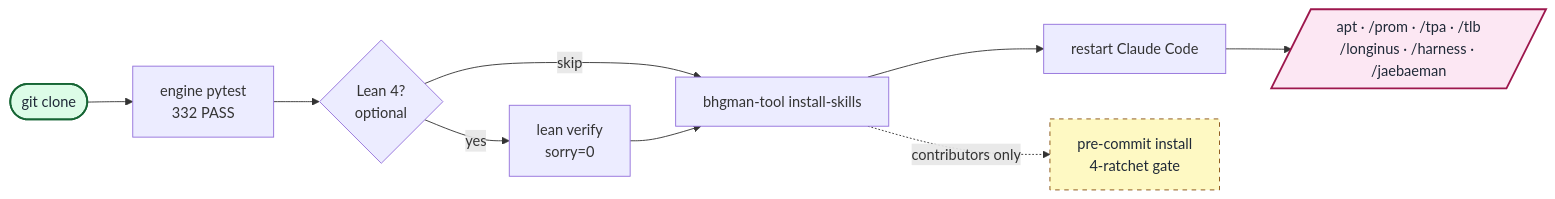
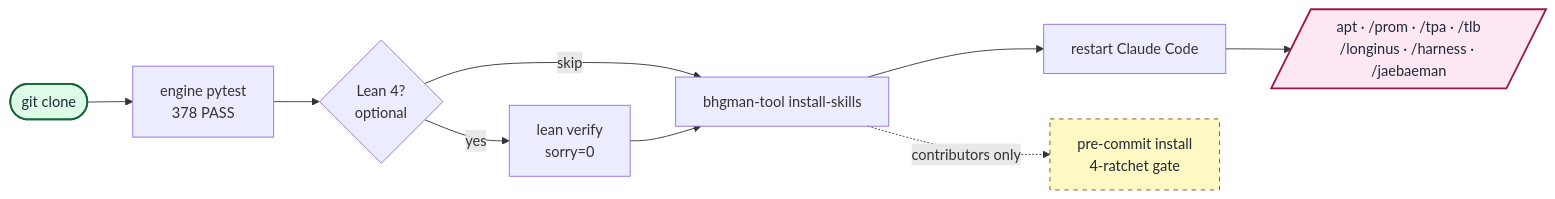
Before and after one commit to gj3447/bhgman_tool: the diagram in README.md, drawn with Mermaid. The commit also changed other lines of this file and 1 other file, not shown here.

First line of the commit message:
chore(lean,docs): pin lean-toolchain v4.27.0 + refresh engine-subset count 332->378

````diff
--- a/README.md
+++ b/README.md
@@ -166,18 +166,18 @@
 ```mermaid
 flowchart LR
-    A([git clone]) --> B[engine pytest<br/>332 PASS]
+    A([git clone]) --> B[engine pytest<br/>378 PASS]
     B --> C{Lean 4?<br/>optional}
     C -- yes --> D[lean verify<br/>sorry=0]
     C -- skip --> E[bhgman-tool install-skills]
     D --> E
     E --> F[restart Claude Code]
     F --> G[/apt · /prom · /tpa · /tlb<br/>/longinus · /harness · /jaebaeman/]
     E -. contributors only .-> H[pre-commit install<br/>4-ratchet gate]
 
     classDef startNode fill:#dcfce7,stroke:#166534,stroke-width:2px,color:#1f2937
     classDef endNode fill:#fce7f3,stroke:#9d174d,stroke-width:2px,color:#1f2937
     classDef optNode fill:#fef9c3,stroke:#854d0e,stroke-width:1px,stroke-dasharray:5 5,color:#1f2937
     class A startNode
     class G endNode
     class H optNode
 ```
````
